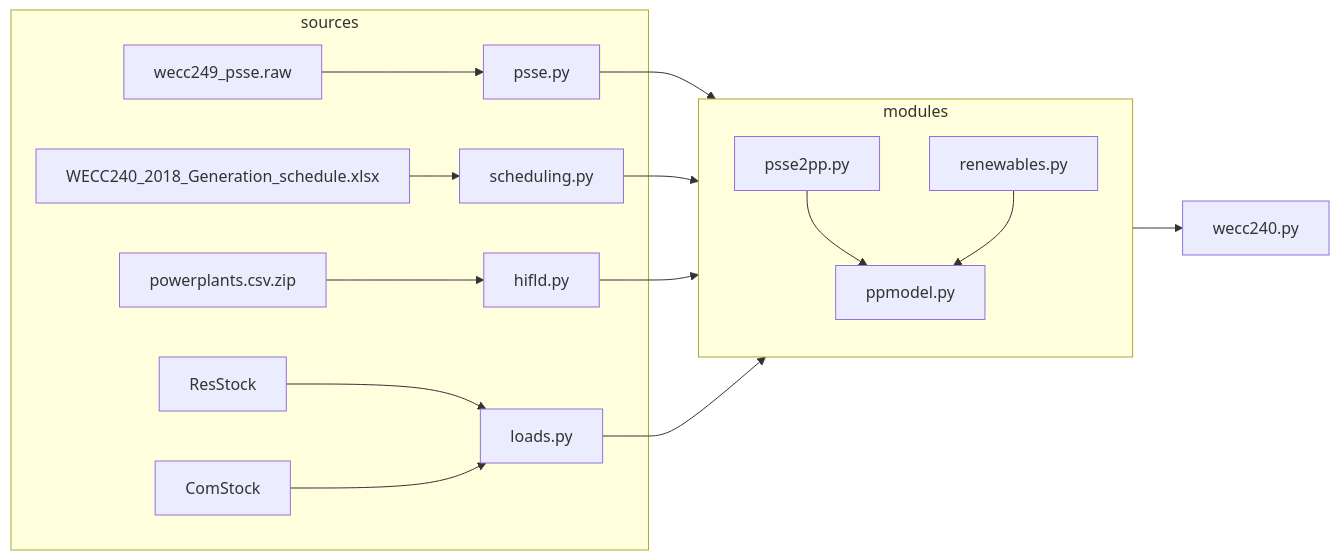
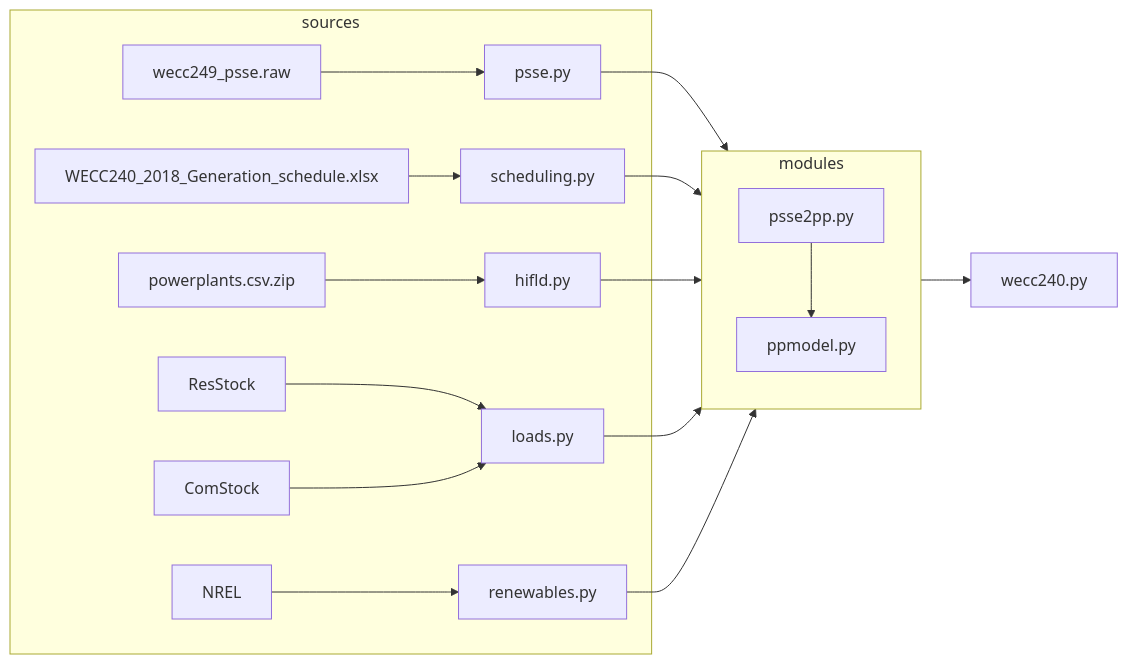
The first of 5 diagrams in pypower/README.md (slacgismo/regrow), drawn with Mermaid before and after one commit. The commit also changed other lines of this file and 8 other files, not shown here.

````diff
--- a/pypower/README.md
+++ b/pypower/README.md
@@ -5,24 +22,25 @@
 ```mermaid
 flowchart LR
 
     subgraph sources
         wecc249_psse.raw --> psse.py
         WECC240_2018_Generation_schedule.xlsx --> scheduling.py
         powerplants.csv.zip --> hifld.py
         ResStock --> loads.py
         ComStock --> loads.py
+        NREL --> renewables.py
     end
 
     subgraph modules
         direction TB
         psse.py --> psse2pp.py
         psse2pp.py --> ppmodel.py
         scheduling.py  --> ppmodel.py
         hifld.py --> ppmodel.py
         loads.py --> ppmodel.py
         renewables.py --> ppmodel.py
         ppmodel.py
     end
 
     ppmodel.py --> wecc240.py
 ```
````
